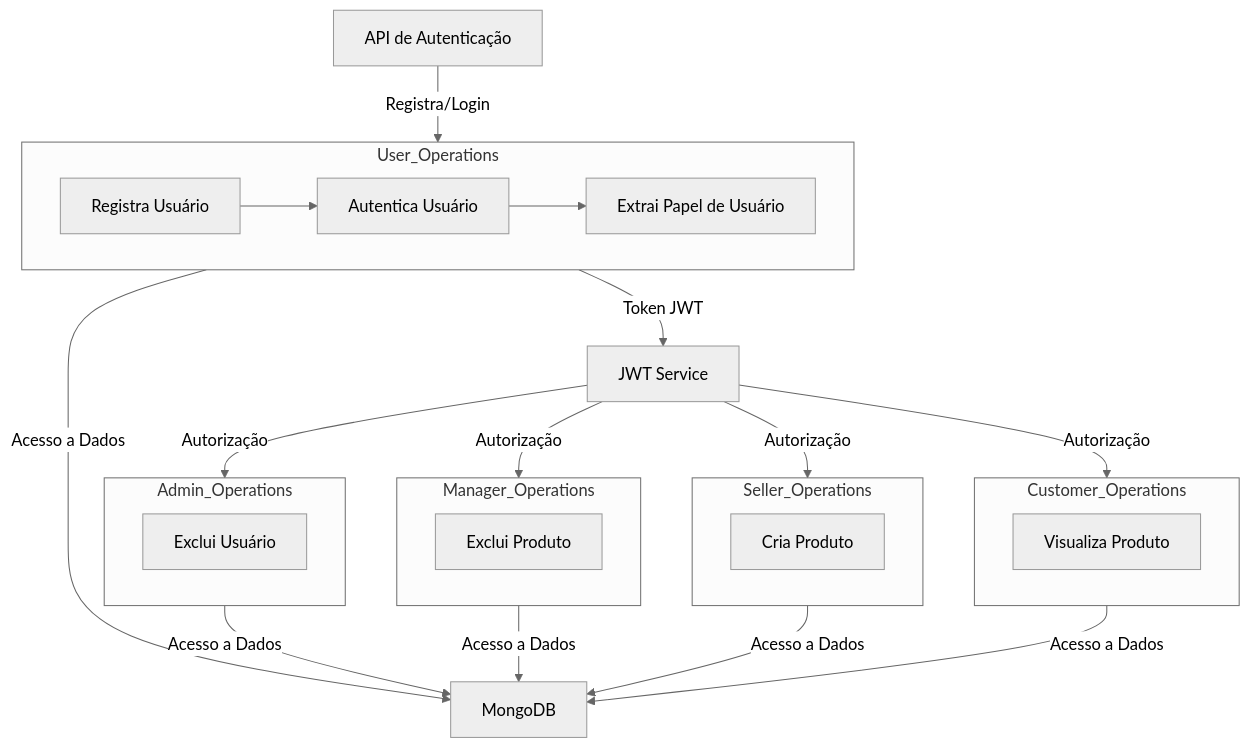
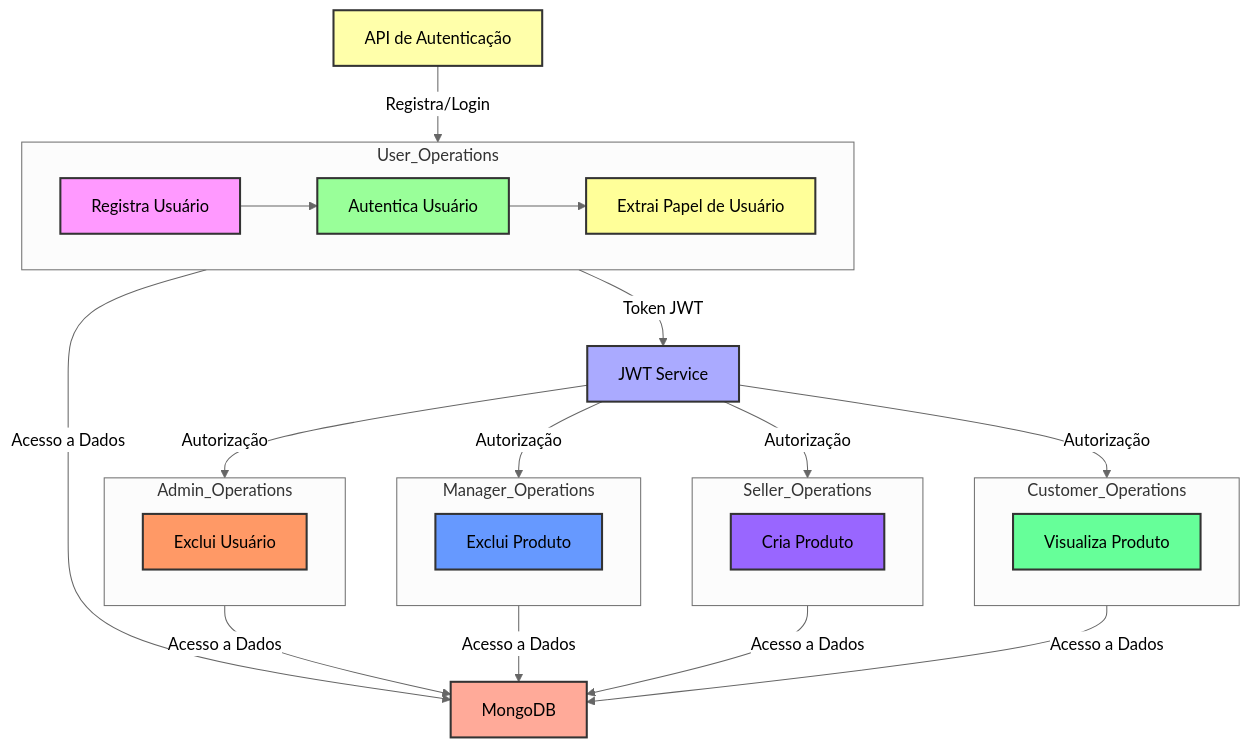
Before and after one commit to GuuhRodrigues/API_com_Autorizacao_e_Autenticacao: the diagram in README.md, drawn with Mermaid (neutral theme).

````diff
--- a/README.md
+++ b/README.md
@@ -8,35 +8,45 @@
 ```mermaid
 graph TD;
     subgraph User_Operations
         A1[Registra Usuário] --> B1[Autentica Usuário]
         B1 --> C1[Extrai Papel de Usuário]
+        style A1 fill:#f9f,stroke:#333,stroke-width:2px;
+        style B1 fill:#9f9,stroke:#333,stroke-width:2px;
+        style C1 fill:#ff9,stroke:#333,stroke-width:2px;
     end
 
     subgraph Admin_Operations
         D1[Exclui Usuário]
+        style D1 fill:#f96,stroke:#333,stroke-width:2px;
     end
 
     subgraph Manager_Operations
         E1[Exclui Produto]
+        style E1 fill:#69f,stroke:#333,stroke-width:2px;
     end
 
     subgraph Seller_Operations
         F1[Cria Produto]
+        style F1 fill:#96f,stroke:#333,stroke-width:2px;
     end
 
     subgraph Customer_Operations
         G1[Visualiza Produto]
+        style G1 fill:#6f9,stroke:#333,stroke-width:2px;
     end
 
     A[API de Autenticação] -->|Registra/Login| User_Operations
+    style A fill:#ffa,stroke:#333,stroke-width:2px;
     User_Operations -->|Token JWT| H[JWT Service]
+    style H fill:#aaf,stroke:#333,stroke-width:2px;
     H -->|Autorização| Admin_Operations
     H -->|Autorização| Manager_Operations
     H -->|Autorização| Seller_Operations
     H -->|Autorização| Customer_Operations
     User_Operations -->|Acesso a Dados| I[MongoDB]
+    style I fill:#fa9,stroke:#333,stroke-width:2px;
     Admin_Operations -->|Acesso a Dados| I
     Manager_Operations -->|Acesso a Dados| I
     Seller_Operations -->|Acesso a Dados| I
     Customer_Operations -->|Acesso a Dados| I
 ```
````
